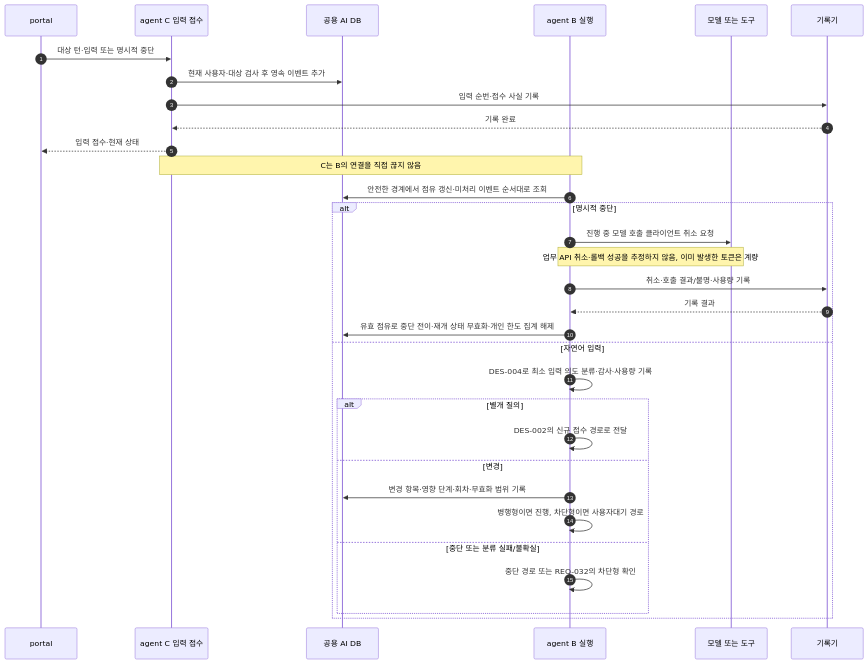
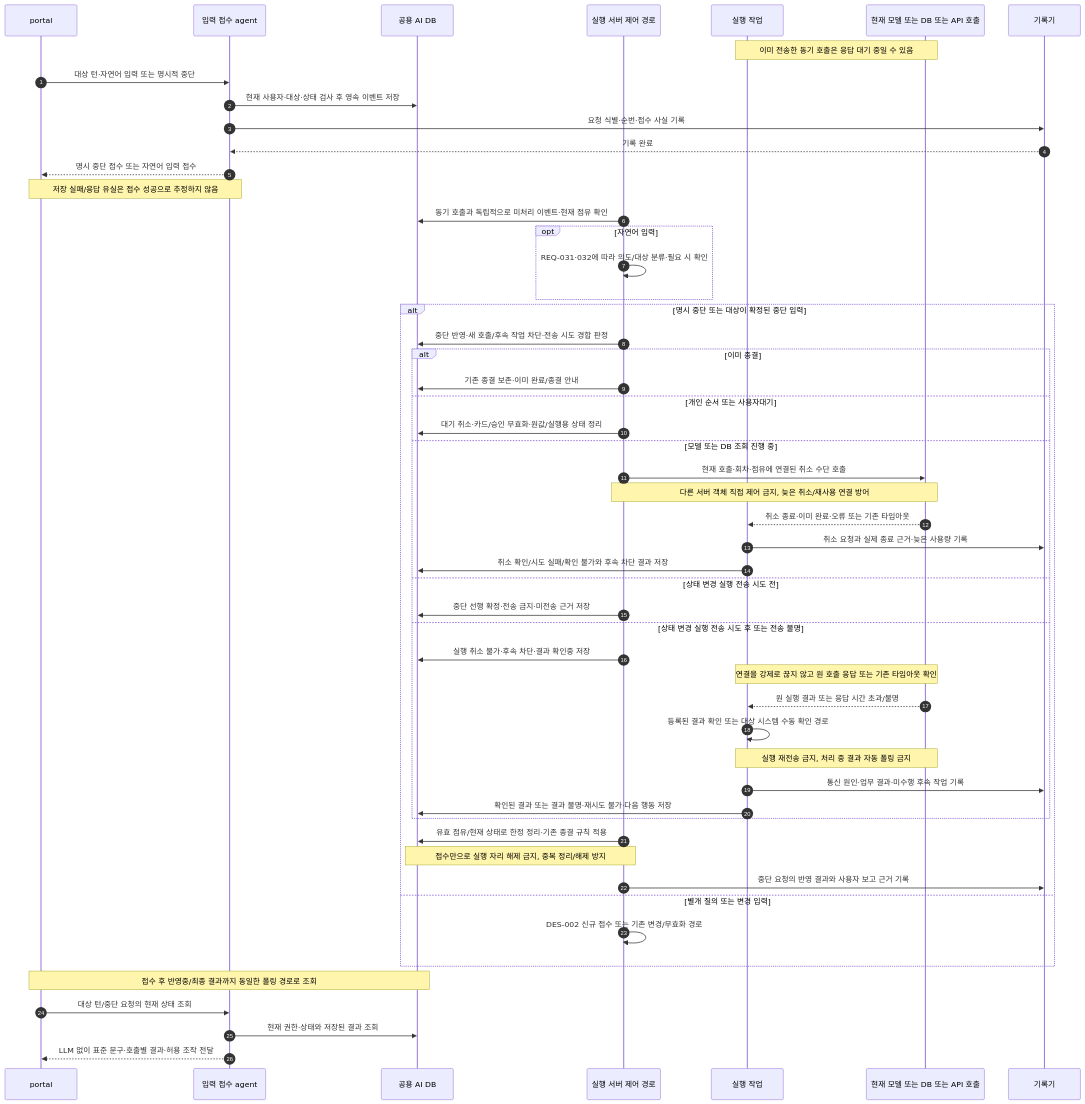
Before and after one commit to choijoobok/ai-agent: the second of 3 diagrams in documents/design/agent-lifecycle-sequences.md, drawn with Mermaid. The commit also changed other lines of this file and 11 other files, not shown here.

First line of the commit message:
docs: 중단과 취소 결과 경계 불명확 — REQ-007 확정 및 호출별 보고 반영

````diff
--- a/documents/design/agent-lifecycle-sequences.md
+++ b/documents/design/agent-lifecycle-sequences.md
@@ -125,34 +125,55 @@
 ```mermaid
 sequenceDiagram
     autonumber
     participant P as portal
-    participant C as agent C 입력 접수
+    participant C as 입력 접수 agent
     participant D as 공용 AI DB
-    participant B as agent B 실행
-    participant L as 모델 또는 도구
+    participant B as 실행 서버 제어 경로
+    participant A as 실행 작업
+    participant T as 현재 모델 또는 DB 또는 API 호출
     participant H as 기록기
-    P->>C: 대상 턴·입력 또는 명시적 중단
-    C->>D: 현재 사용자·대상 검사 후 영속 이벤트 추가
-    C->>H: 입력 순번·접수 사실 기록
+    Note over A,T: 이미 전송한 동기 호출은 응답 대기 중일 수 있음
+    P->>C: 대상 턴·자연어 입력 또는 명시적 중단
+    C->>D: 현재 사용자·대상·상태 검사 후 영속 이벤트 저장
+    C->>H: 요청 식별·순번·접수 사실 기록
     H-->>C: 기록 완료
-    C-->>P: 입력 접수·현재 상태
-    Note over C,B: C는 B의 연결을 직접 끊지 않음
-    B->>D: 안전한 경계에서 점유 갱신·미처리 이벤트 순서대로 조회
-    alt 명시적 중단
-        B->>L: 진행 중 모델 호출 클라이언트 취소 요청
-        Note over B,L: 업무 API 취소·롤백 성공을 추정하지 않음, 이미 발생한 토큰은 계량
-        B->>H: 취소·호출 결과/불명·사용량 기록
-        H-->>B: 기록 결과
-        B->>D: 유효 점유로 중단 전이·재개 상태 무효화·개인 한도 집계 해제
-    else 자연어 입력
-        B->>B: DES-004로 최소 입력 의도 분류·감사·사용량 기록
-        alt 별개 질의
-            B->>B: DES-002의 신규 접수 경로로 전달
-        else 변경
-            B->>D: 변경 항목·영향 단계·회차·무효화 범위 기록
-            B->>B: 병행형이면 진행, 차단형이면 사용자대기 경로
-        else 중단 또는 분류 실패/불확실
-            B->>B: 중단 경로 또는 REQ-032의 차단형 확인
+    C-->>P: 명시 중단 접수 또는 자연어 입력 접수
+    Note over C,P: 저장 실패/응답 유실은 접수 성공으로 추정하지 않음
+    B->>D: 동기 호출과 독립적으로 미처리 이벤트·현재 점유 확인
+    opt 자연어 입력
+        B->>B: REQ-031·032에 따라 의도/대상 분류·필요 시 확인
+    end
+    alt 명시 중단 또는 대상이 확정된 중단 입력
+        B->>D: 중단 반영·새 호출/후속 작업 차단·전송 시도 경합 판정
+        alt 이미 종결
+            B->>D: 기존 종결 보존·이미 완료/종결 안내
+        else 개인 순서 또는 사용자대기
+            B->>D: 대기 취소·카드/승인 무효화·원값/실행용 상태 정리
+        else 모델 또는 DB 조회 진행 중
+            B->>T: 현재 호출·회차·점유에 연결된 취소 수단 호출
+            Note over B,T: 다른 서버 객체 직접 제어 금지, 늦은 취소/재사용 연결 방어
+            T-->>A: 취소 종료·이미 완료·오류 또는 기존 타임아웃
+            A->>H: 취소 요청과 실제 종료 근거·늦은 사용량 기록
+            A->>D: 취소 확인/시도 실패/확인 불가와 후속 차단 결과 저장
+        else 상태 변경 실행 전송 시도 전
+            B->>D: 중단 선행 확정·전송 금지·미전송 근거 저장
+        else 상태 변경 실행 전송 시도 후 또는 전송 불명
+            B->>D: 실행 취소 불가·후속 차단·결과 확인중 저장
+            Note over A,T: 연결을 강제로 끊지 않고 원 호출 응답 또는 기존 타임아웃 확인
+            T-->>A: 원 실행 결과 또는 응답 시간 초과/불명
+            A->>A: 등록된 결과 확인 또는 대상 시스템 수동 확인 경로
+            Note over A,T: 실행 재전송 금지, 처리 중 결과 자동 폴링 금지
+            A->>H: 통신 원인·업무 결과·미수행 후속 작업 기록
+            A->>D: 확인된 결과 또는 결과 불명·재시도 불가·다음 행동 저장
         end
+        B->>D: 유효 점유/현재 상태로 한정 정리·기존 종결 규칙 적용
+        Note over B,D: 접수만으로 실행 자리 해제 금지, 중복 정리/해제 방지
+        B->>H: 중단 요청의 반영 결과와 사용자 보고 근거 기록
+    else 별개 질의 또는 변경 입력
+        B->>B: DES-002 신규 접수 또는 기존 변경/무효화 경로
     end
+    Note over P,D: 접수 후 반영중/최종 결과까지 동일한 폴링 경로로 조회
+    P->>C: 대상 턴/중단 요청의 현재 상태 조회
+    C->>D: 현재 권한·상태와 저장된 결과 조회
+    C-->>P: LLM 없이 표준 문구·호출별 결과·허용 조작 전달
 ```
````
